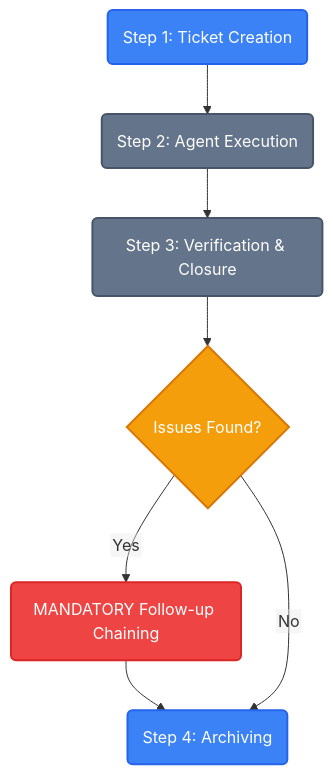
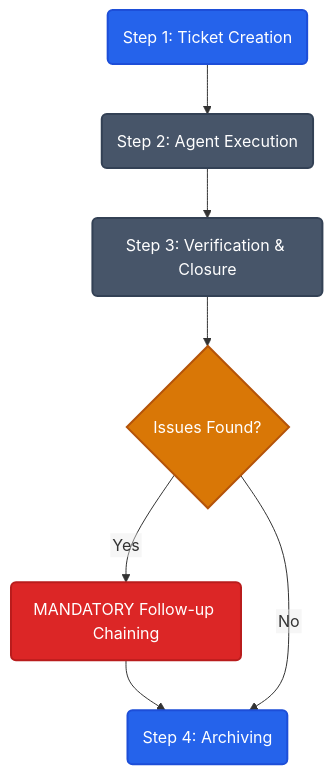
The diagram in README.ko.md (joygram/DeukAgentRules), drawn with Mermaid before and after one commit. The commit also changed 1 other file, not shown here.

Commit message:
docs: tone down mermaid background colors and remove text stroke

````diff
--- a/README.ko.md
+++ b/README.ko.md
@@ -86,17 +86,17 @@
 ```mermaid
-%%{init: {"flowchart": {"htmlLabels": false}}}%%
+%%{init: {"flowchart": {"htmlLabels": false}, "themeCSS": ".node text { fill: #ffffff !important; stroke: none !important; }"} }%%
 graph TD
-    classDef action fill:#3b82f6,stroke:#2563eb,stroke-width:2px,color:#ffffff;
-    classDef phase fill:#64748b,stroke:#475569,stroke-width:2px,color:#ffffff;
-    classDef decision fill:#f59e0b,stroke:#d97706,stroke-width:2px,color:#ffffff;
-    classDef highlight fill:#ef4444,stroke:#dc2626,stroke-width:2px,color:#ffffff;
+    classDef action fill:#2563eb,stroke:#1d4ed8,stroke-width:2px,color:#ffffff;
+    classDef phase fill:#475569,stroke:#334155,stroke-width:2px,color:#ffffff;
+    classDef decision fill:#d97706,stroke:#b45309,stroke-width:2px,color:#ffffff;
+    classDef highlight fill:#dc2626,stroke:#b91c1c,stroke-width:2px,color:#ffffff;
 
     A(Step 1: Ticket Creation):::action --> B(Step 2: Agent Execution):::phase
     B --> C(Step 3: Verification & Closure):::phase
     
     C --> D{Issues Found?}:::decision
     
     D -->|Yes| E(MANDATORY Follow-up Chaining):::highlight
     E --> F(Step 4: Archiving):::action
     D -->|No| F
 ```
````
